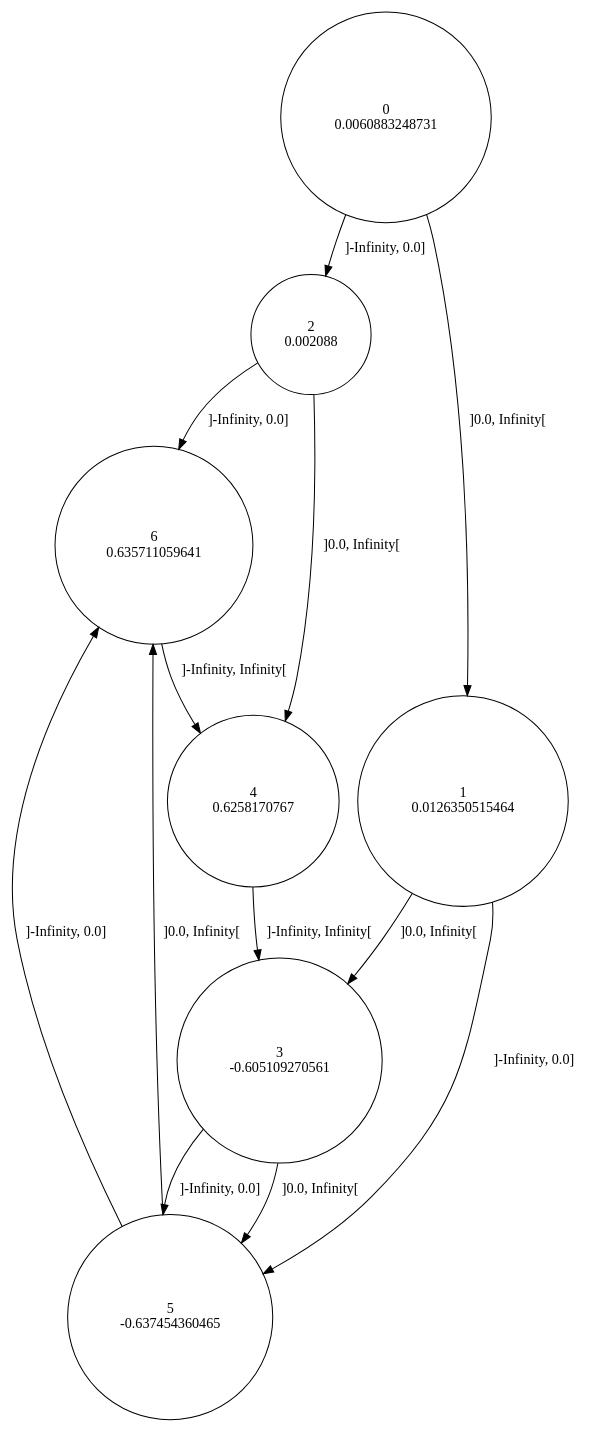
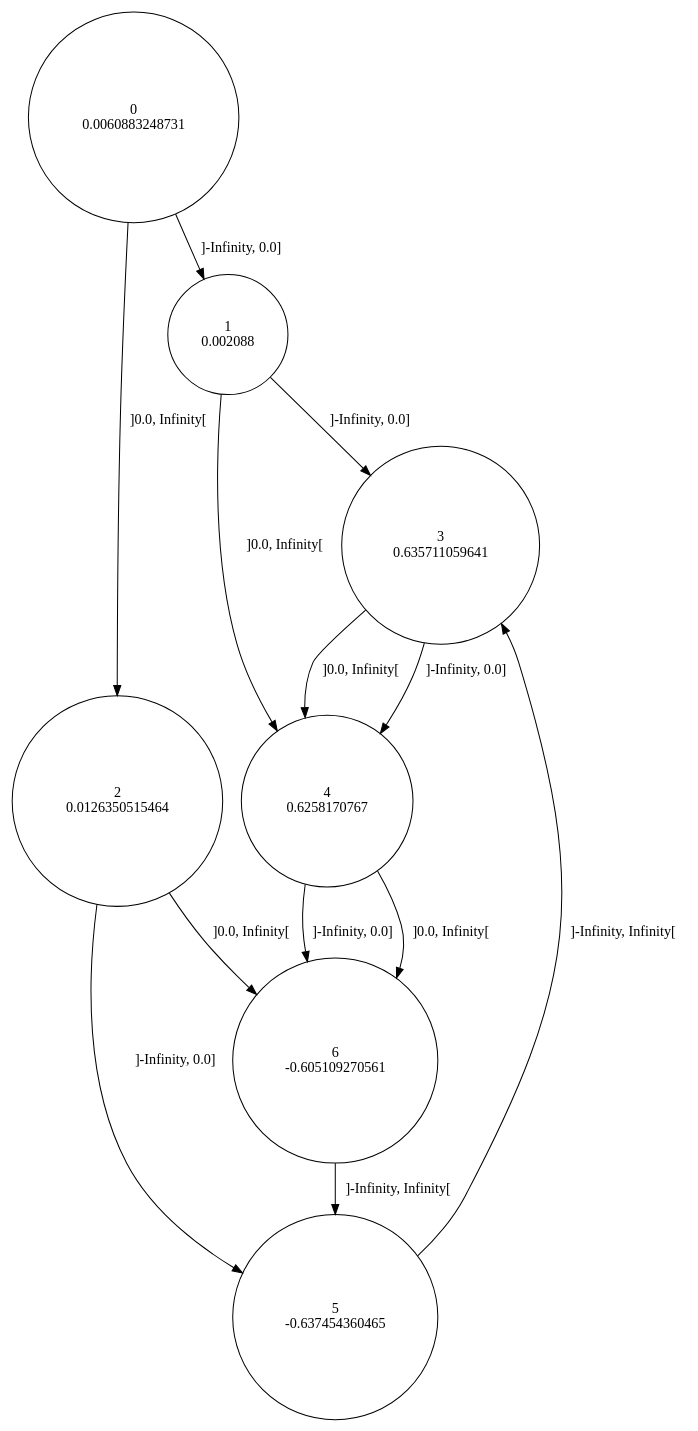
One commit to gllpellegrino/RAI_experiments changed the diagram in sinus/data/2/rtisy.dot. Above: the diagram before and after it, drawn with Graphviz. The commit also changed 168 other files, not shown here.

```diff
--- a/sinus/data/2/rtisy.dot
+++ b/sinus/data/2/rtisy.dot
@@ -1,21 +1,21 @@
 digraph a {
 0 [shape=circle, label="0\n0.0060883248731"];
-	0 -> 2 [label="]-Infinity, 0.0]"];
-	0 -> 1 [label="]0.0, Infinity["];
-1 [shape=circle, label="1\n0.0126350515464"];
-	1 -> 5 [label="]-Infinity, 0.0]"];
-	1 -> 3 [label="]0.0, Infinity["];
-2 [shape=circle, label="2\n0.002088"];
-	2 -> 6 [label="]-Infinity, 0.0]"];
-	2 -> 4 [label="]0.0, Infinity["];
-3 [shape=circle, label="3\n-0.605109270561"];
-	3 -> 5 [label="]-Infinity, 0.0]"];
-	3 -> 5 [label="]0.0, Infinity["];
+	0 -> 1 [label="]-Infinity, 0.0]"];
+	0 -> 2 [label="]0.0, Infinity["];
+1 [shape=circle, label="1\n0.002088"];
+	1 -> 3 [label="]-Infinity, 0.0]"];
+	1 -> 4 [label="]0.0, Infinity["];
+2 [shape=circle, label="2\n0.0126350515464"];
+	2 -> 5 [label="]-Infinity, 0.0]"];
+	2 -> 6 [label="]0.0, Infinity["];
+3 [shape=circle, label="3\n0.635711059641"];
+	3 -> 4 [label="]-Infinity, 0.0]"];
+	3 -> 4 [label="]0.0, Infinity["];
 4 [shape=circle, label="4\n0.6258170767"];
-	4 -> 3 [label="]-Infinity, Infinity["];
+	4 -> 6 [label="]-Infinity, 0.0]"];
+	4 -> 6 [label="]0.0, Infinity["];
 5 [shape=circle, label="5\n-0.637454360465"];
-	5 -> 6 [label="]-Infinity, 0.0]"];
-	5 -> 6 [label="]0.0, Infinity["];
-6 [shape=circle, label="6\n0.635711059641"];
-	6 -> 4 [label="]-Infinity, Infinity["];
+	5 -> 3 [label="]-Infinity, Infinity["];
+6 [shape=circle, label="6\n-0.605109270561"];
+	6 -> 5 [label="]-Infinity, Infinity["];
 }
```
